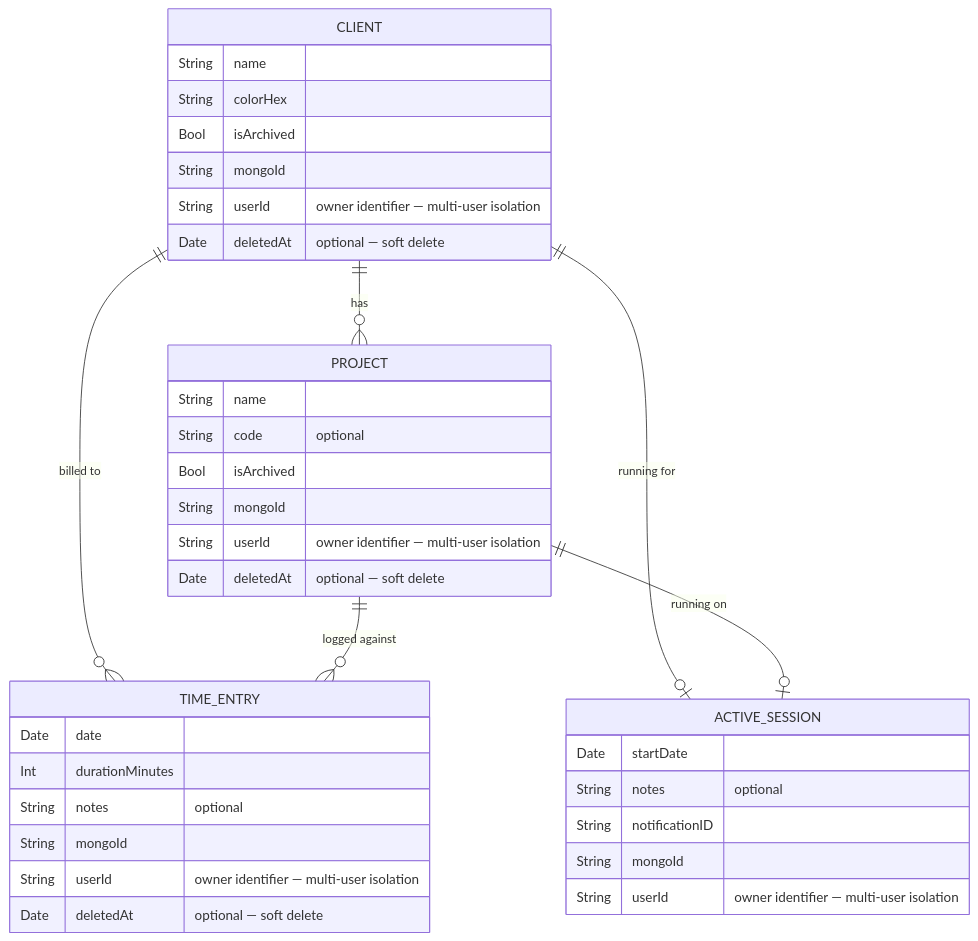
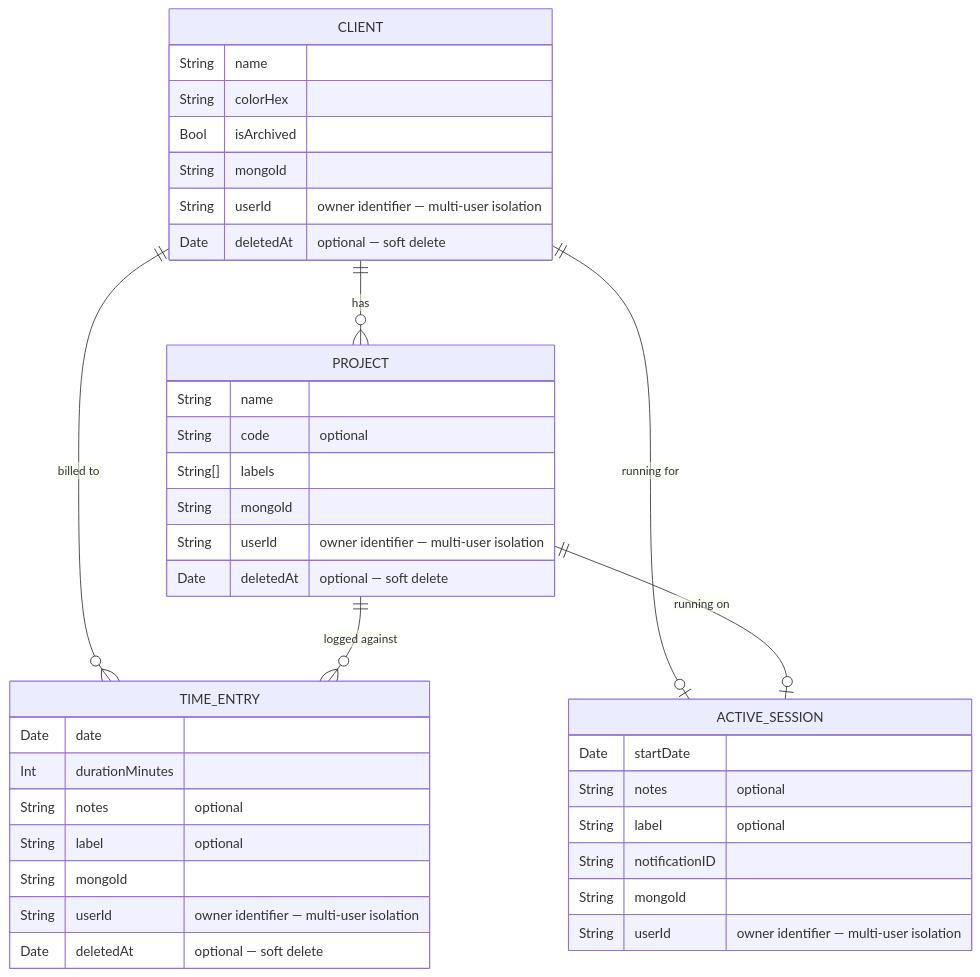
One commit to albertobarrago/timelog changed the first of 2 diagrams in docs/02-data-model.md. Above: the diagram before and after it, drawn with Mermaid. The commit also changed other lines of this file and 9 other files, not shown here.

First line of the commit message:
fix(sync): resolve ghost sessions, multi-user isolation, and sync hardening (#51)

````diff
--- a/docs/02-data-model.md
+++ b/docs/02-data-model.md
@@ -5,40 +5,42 @@
 ```mermaid
 erDiagram
     CLIENT {
         String  name
         String  colorHex
         Bool    isArchived
         String  mongoId
         String  userId      "owner identifier — multi-user isolation"
         Date    deletedAt   "optional — soft delete"
     }
     PROJECT {
-        String  name
-        String  code        "optional"
-        Bool    isArchived
-        String  mongoId
-        String  userId      "owner identifier — multi-user isolation"
-        Date    deletedAt   "optional — soft delete"
+        String     name
+        String     code        "optional"
+        String[]   labels
+        String     mongoId
+        String     userId      "owner identifier — multi-user isolation"
+        Date       deletedAt   "optional — soft delete"
     }
     TIME_ENTRY {
         Date    date
         Int     durationMinutes
         String  notes       "optional"
+        String  label       "optional"
         String  mongoId
         String  userId      "owner identifier — multi-user isolation"
         Date    deletedAt   "optional — soft delete"
     }
     ACTIVE_SESSION {
         Date    startDate
         String  notes       "optional"
+        String  label       "optional"
         String  notificationID
         String  mongoId
         String  userId      "owner identifier — multi-user isolation"
     }
 
     CLIENT ||--o{ PROJECT       : "has"
     CLIENT ||--o{ TIME_ENTRY    : "billed to"
     CLIENT ||--o| ACTIVE_SESSION : "running for"
     PROJECT ||--o{ TIME_ENTRY   : "logged against"
     PROJECT ||--o| ACTIVE_SESSION : "running on"
 ```
````
